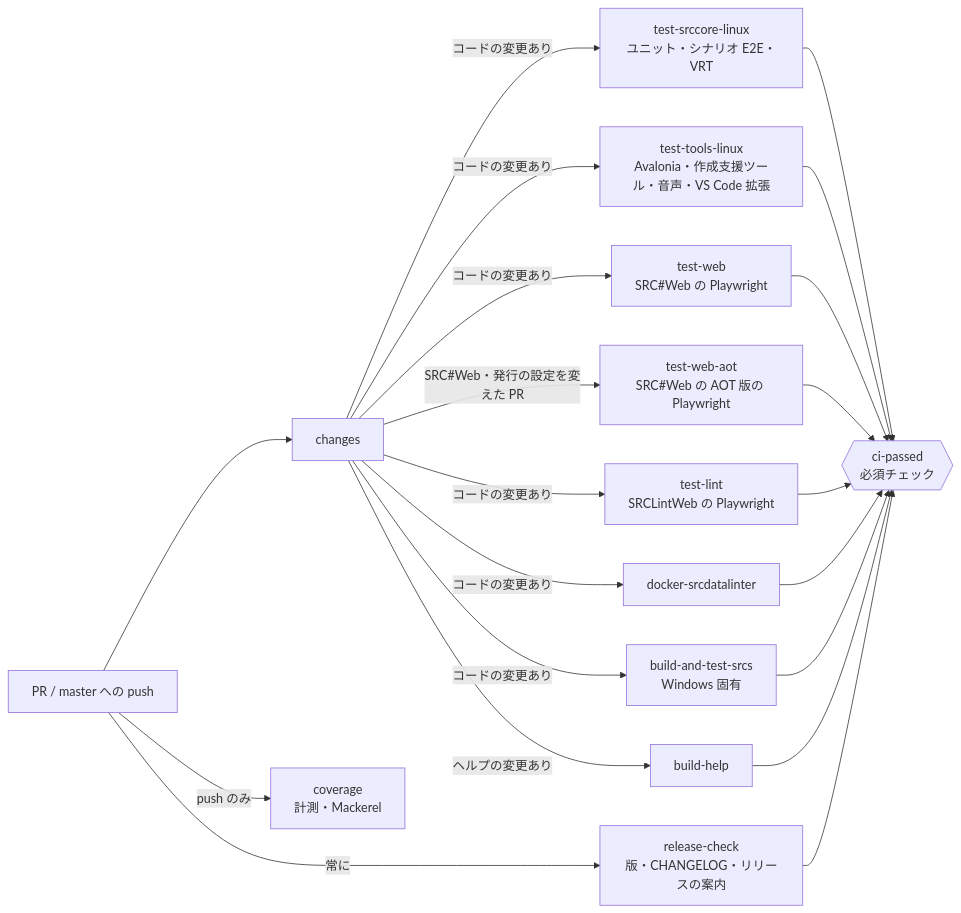
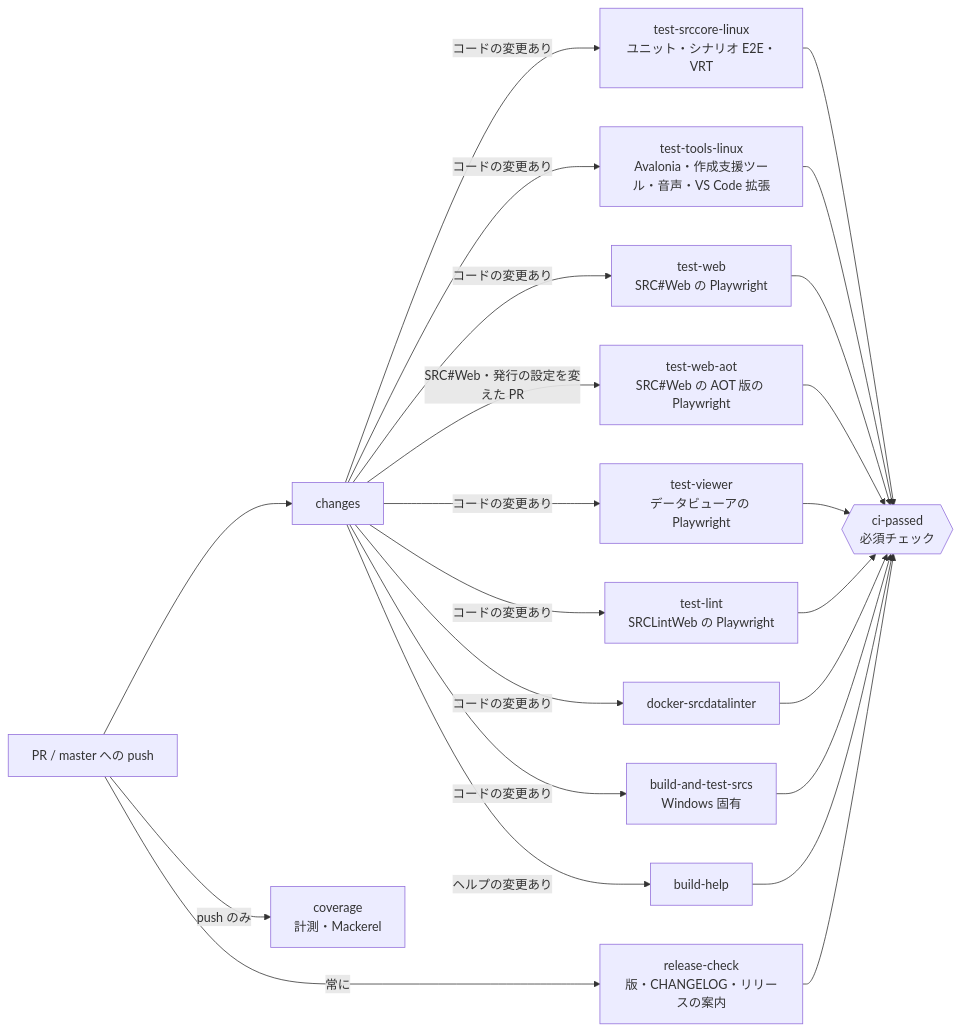
One commit to 7474/SRC changed the diagram in docs/testing.md. Above: the diagram before and after it, drawn with Mermaid. The commit also changed other lines of this file and 4 other files, not shown here.

First line of the commit message:
データビューアの E2E を Playwright でマージの前に動かす

````diff
--- a/docs/testing.md
+++ b/docs/testing.md
@@ -52,15 +53,16 @@
 ```mermaid
 flowchart LR
   PR[PR / master への push] --> changes
   changes -->|コードの変更あり| core[test-srccore-linux<br/>ユニット・シナリオ E2E・VRT]
   changes -->|コードの変更あり| tools[test-tools-linux<br/>Avalonia・作成支援ツール・音声・VS Code 拡張]
   changes -->|コードの変更あり| web[test-web<br/>SRC#Web の Playwright]
   changes -->|コードの変更あり| lint[test-lint<br/>SRCLintWeb の Playwright]
   changes -->|SRC#Web・発行の設定を変えた PR| aot[test-web-aot<br/>SRC#Web の AOT 版の Playwright]
+  changes -->|コードの変更あり| viewer[test-viewer<br/>データビューアの Playwright]
   changes -->|コードの変更あり| docker[docker-srcdatalinter]
   changes -->|コードの変更あり| win[build-and-test-srcs<br/>Windows 固有]
   changes -->|ヘルプの変更あり| help[build-help]
   PR -->|常に| release[release-check<br/>版・CHANGELOG・リリースの案内]
-  core & tools & web & aot & lint & docker & win & help & release --> gate{{ci-passed<br/>必須チェック}}
+  core & tools & web & aot & viewer & lint & docker & win & help & release --> gate{{ci-passed<br/>必須チェック}}
   PR -->|push のみ| coverage[coverage<br/>計測・Mackerel]
 ```
````
